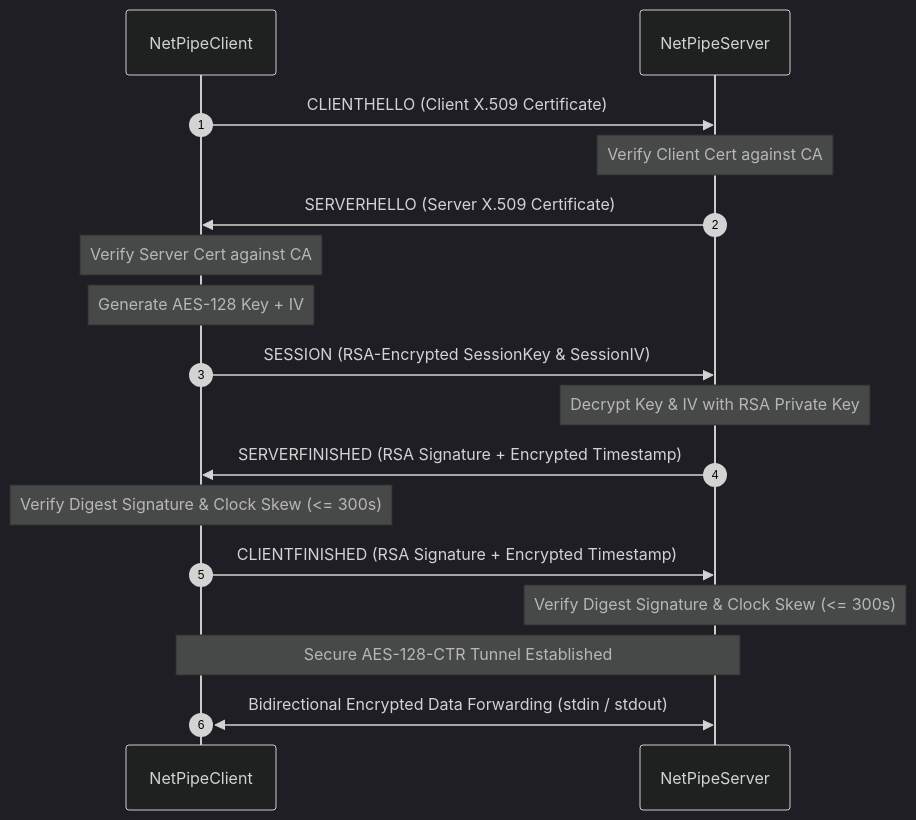
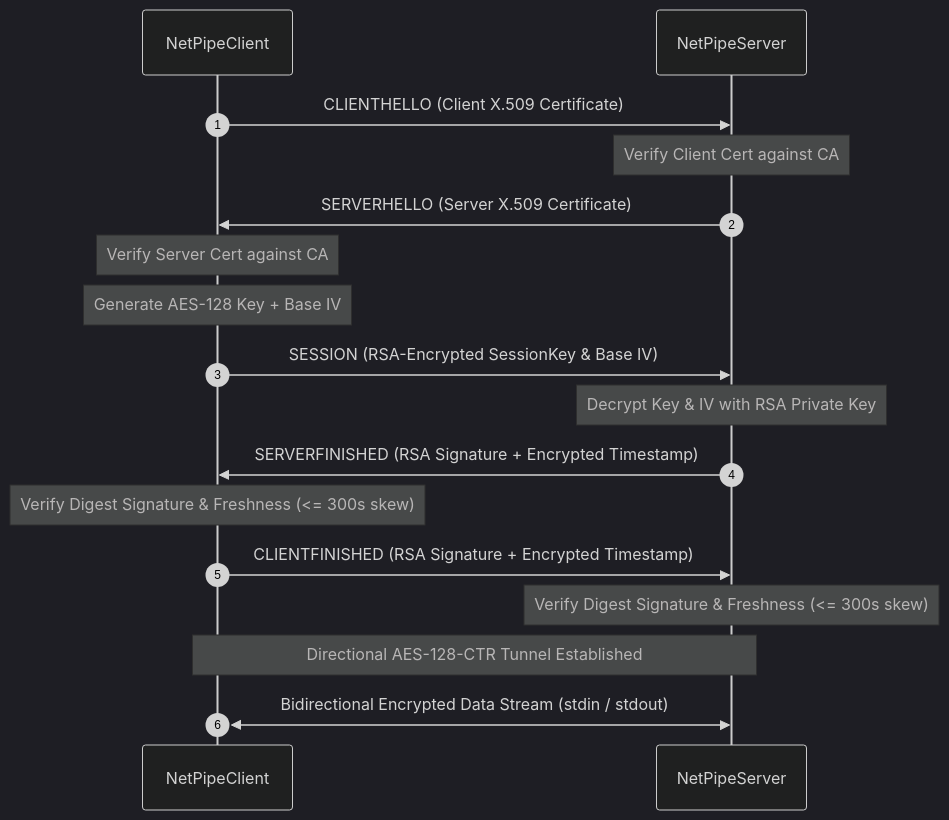
The diagram in README.md (ermia1230/netpipe), drawn with Mermaid (dark theme) before and after one commit. The commit also changed other lines of this file and 12 other files, not shown here.

````diff
--- a/README.md
+++ b/README.md
@@ -11,20 +19,20 @@
 ```mermaid
 sequenceDiagram
     autonumber
     participant C as NetPipeClient
     participant S as NetPipeServer
 
     C->>S: CLIENTHELLO (Client X.509 Certificate)
     Note over S: Verify Client Cert against CA
     S->>C: SERVERHELLO (Server X.509 Certificate)
     Note over C: Verify Server Cert against CA
-    Note over C: Generate AES-128 Key + IV
-    C->>S: SESSION (RSA-Encrypted SessionKey & SessionIV)
+    Note over C: Generate AES-128 Key + Base IV
+    C->>S: SESSION (RSA-Encrypted SessionKey & Base IV)
     Note over S: Decrypt Key & IV with RSA Private Key
     S->>C: SERVERFINISHED (RSA Signature + Encrypted Timestamp)
-    Note over C: Verify Digest Signature & Clock Skew (<= 300s)
+    Note over C: Verify Digest Signature & Freshness (<= 300s skew)
     C->>S: CLIENTFINISHED (RSA Signature + Encrypted Timestamp)
-    Note over S: Verify Digest Signature & Clock Skew (<= 300s)
-    Note over C,S: Secure AES-128-CTR Tunnel Established
-    C<<->>S: Bidirectional Encrypted Data Forwarding (stdin / stdout)
+    Note over S: Verify Digest Signature & Freshness (<= 300s skew)
+    Note over C,S: Directional AES-128-CTR Tunnel Established
+    C<<->>S: Bidirectional Encrypted Data Stream (stdin / stdout)
 ```
````
